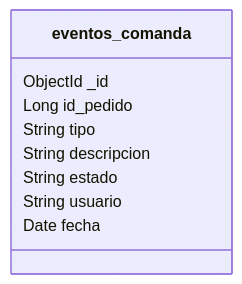
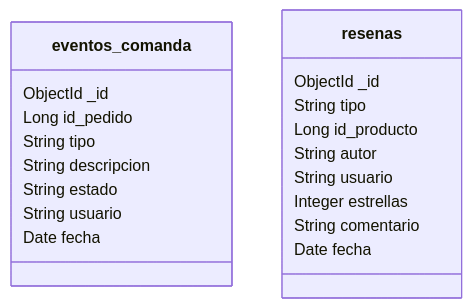
The sixth of 11 diagrams in README.md (JUANNICOLASA/Bitacora_Corte2_NicolasAlvarez), drawn with Mermaid before and after one commit. The commit also changed other lines of this file and 15 other files, not shown here.

````diff
--- a/README.md
+++ b/README.md
@@ -344,12 +496,22 @@
 ```mermaid
 classDiagram
     class eventos_comanda {
         ObjectId _id
         Long id_pedido
         String tipo
         String descripcion
         String estado
         String usuario
         Date fecha
     }
+    class resenas {
+        ObjectId _id
+        String tipo
+        Long id_producto
+        String autor
+        String usuario
+        Integer estrellas
+        String comentario
+        Date fecha
+    }
 ```
````
